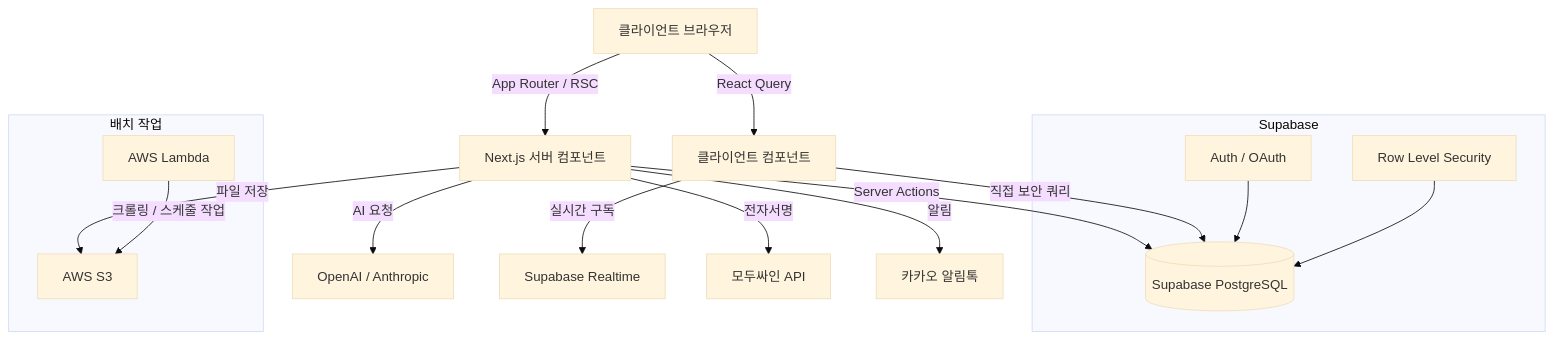
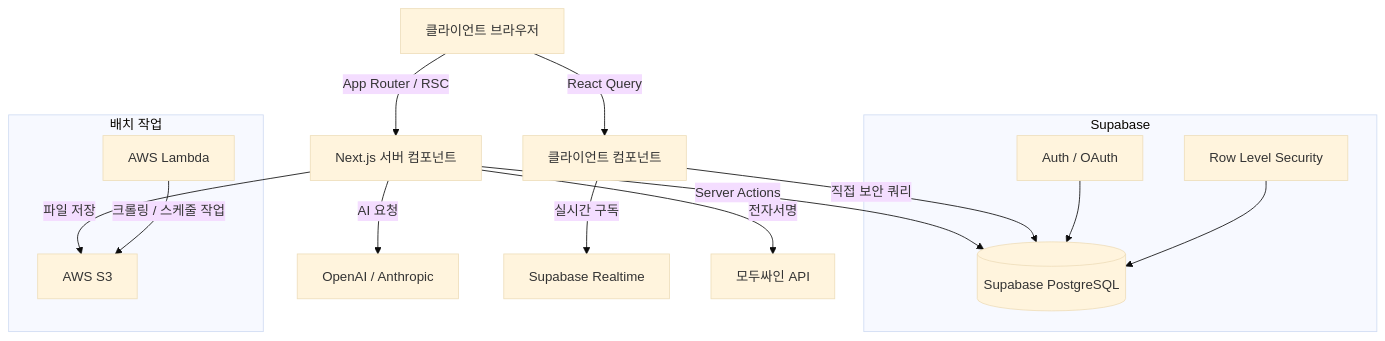
One commit to JJU09/Leaven_v2 changed the first of 2 diagrams in README.md. Above: the diagram before and after it, drawn with Mermaid (base theme). The commit also changed other lines of this file, not shown here.

````diff
--- a/README.md
+++ b/README.md
@@ -133,23 +133,22 @@
 ```mermaid
 graph TD
     Browser[클라이언트 브라우저] -->|App Router / RSC| NextApp[Next.js 서버 컴포넌트]
     Browser -->|React Query| ClientComp[클라이언트 컴포넌트]
 
     NextApp -->|Server Actions| SupabaseDB[(Supabase PostgreSQL)]
     NextApp -->|AI 요청| LLM[OpenAI / Anthropic]
     ClientComp -->|직접 보안 쿼리| SupabaseDB
     ClientComp -->|실시간 구독| SupabaseRealtime[Supabase Realtime]
 
     NextApp -->|파일 저장| S3[AWS S3]
     NextApp -->|전자서명| Modusin[모두싸인 API]
-    NextApp -->|알림| Kakao[카카오 알림톡]
 
     subgraph Supabase
         SupabaseAuth[Auth / OAuth] --> SupabaseDB
         RLS[Row Level Security] --> SupabaseDB
     end
 
     subgraph 배치 작업
         Lambda[AWS Lambda] -->|크롤링 / 스케줄 작업| S3
     end
 ```
````
